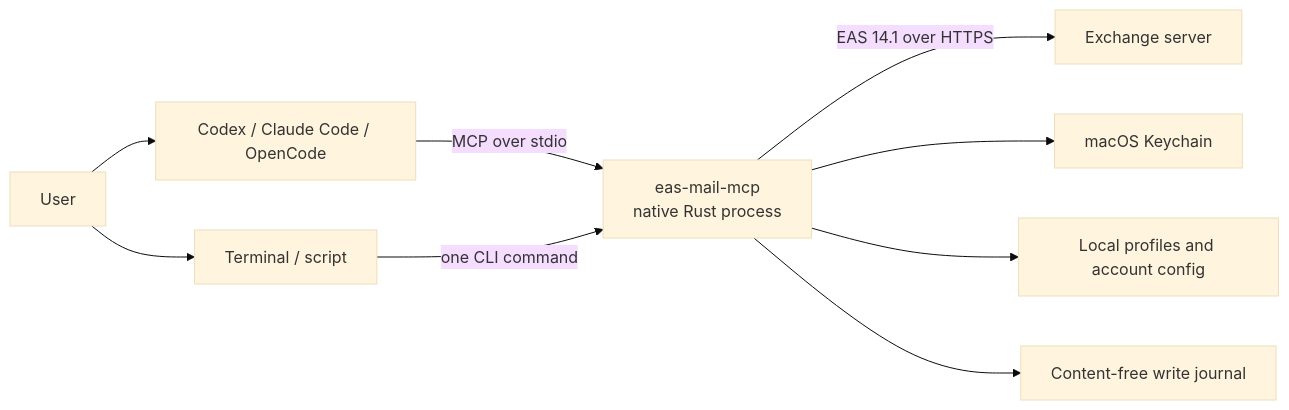
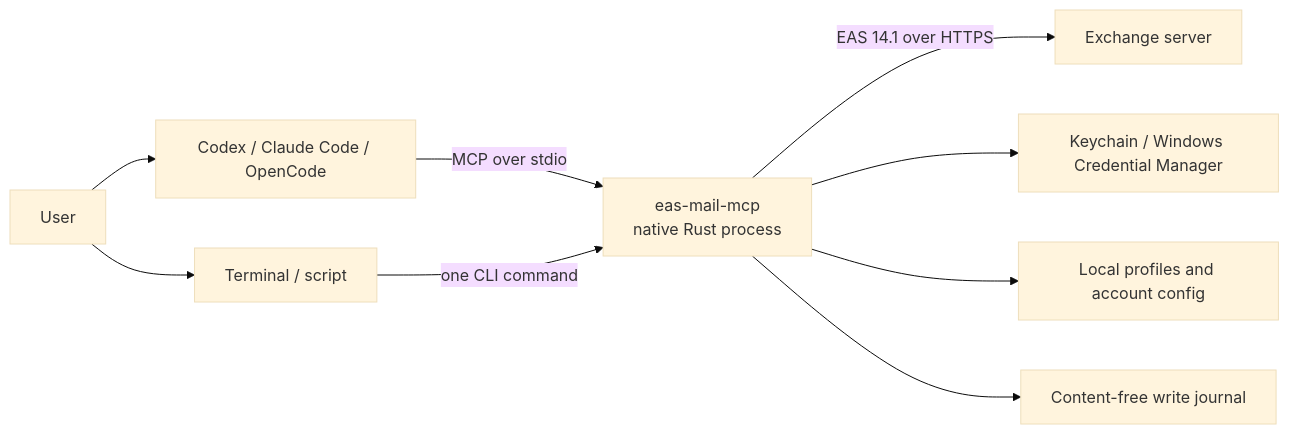
Before and after one commit to Acrom7/eas-mail-mcp: the diagram in README.md, drawn with Mermaid (base theme). The commit also changed other lines of this file and 46 other files, not shown here.

````diff
--- a/README.md
+++ b/README.md
@@ -75,11 +75,11 @@
 ```mermaid
 flowchart LR
     User["User"] --> Client["Codex / Claude Code / OpenCode"]
     Client -->|"MCP over stdio"| MCP["eas-mail-mcp<br/>native Rust process"]
     User --> Shell["Terminal / script"]
     Shell -->|"one CLI command"| MCP
     MCP -->|"EAS 14.1 over HTTPS"| Exchange["Exchange server"]
-    MCP --> Keychain["macOS Keychain"]
+    MCP --> Credentials["Keychain / Windows Credential Manager"]
     MCP --> Config["Local profiles and account config"]
     MCP --> Journal["Content-free write journal"]
 ```
````
